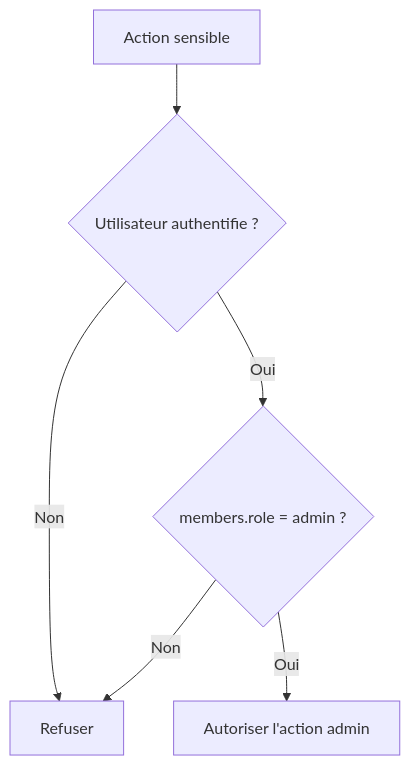
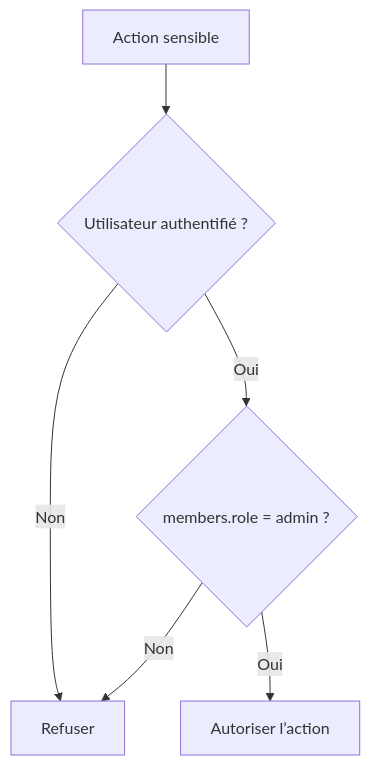
Before and after one commit to Chaye-parcel-traveler/chaye_documentations: the diagram in conformite/roles-et-autorisations.md, drawn with Mermaid. The commit also changed other lines of this file and 16 other files, not shown here.

````diff
--- a/conformite/roles-et-autorisations.md
+++ b/conformite/roles-et-autorisations.md
@@ -41,8 +39,8 @@
 ```mermaid
 flowchart TD
-    Action["Action sensible"] --> Auth{"Utilisateur authentifie ?"}
+    Action["Action sensible"] --> Auth{"Utilisateur authentifié ?"}
     Auth -- Non --> Refus["Refuser"]
-    Auth -- Oui --> Role{"members.role = admin ?"}
-    Role -- Non --> Refus
-    Role -- Oui --> Autoriser["Autoriser l'action admin"]
+    Auth -- Oui --> Rôle{"members.role = admin ?"}
+    Rôle -- Non --> Refus
+    Rôle -- Oui --> Autoriser["Autoriser l’action"]
 ```
````
